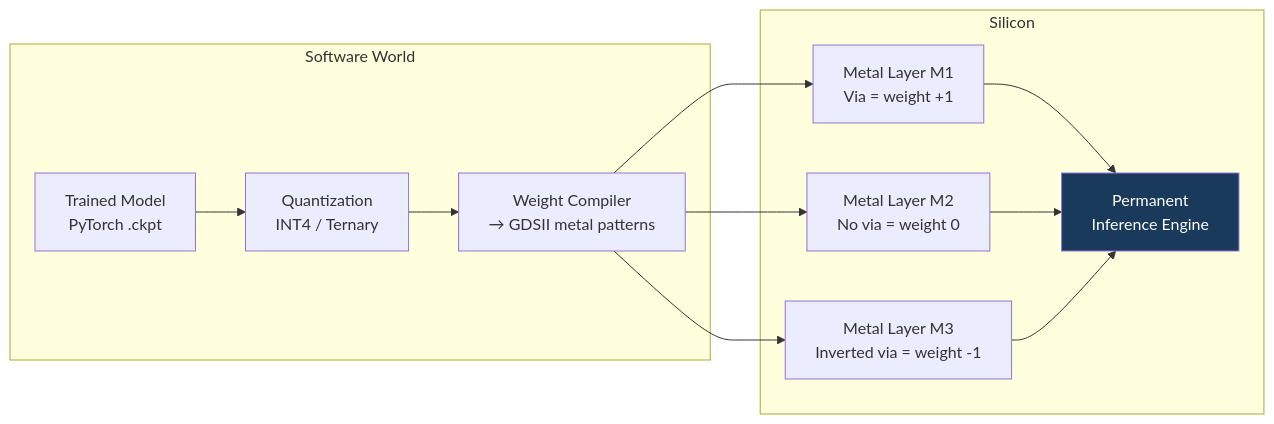
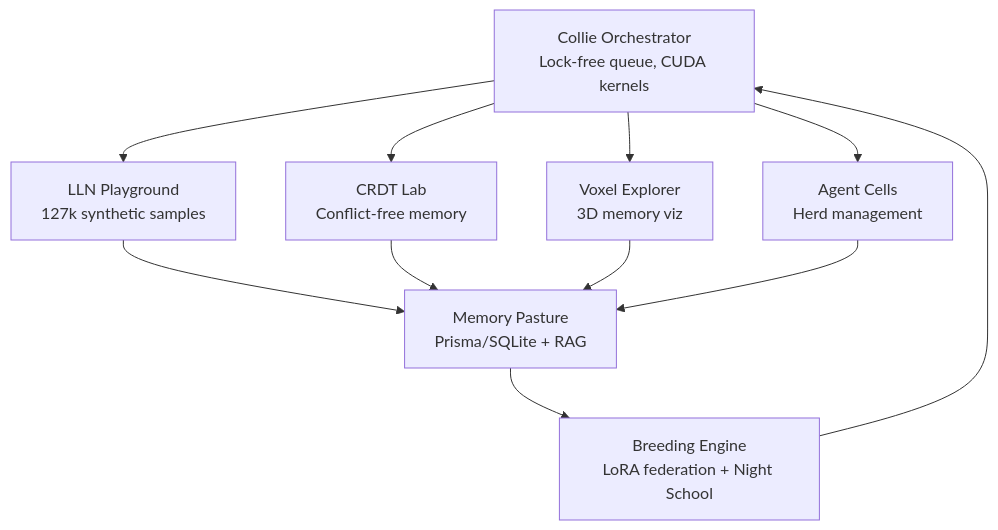
The first of 2 diagrams in README.md (SuperInstance/Lucineer), drawn with Mermaid before and after one commit. The commit also changed other lines of this file, not shown here.

````diff
--- a/README.md
+++ b/README.md
@@ -71,16 +44,16 @@
 ```mermaid
-graph LR
-    subgraph "Software World"
-        A[Trained Model<br/>PyTorch .ckpt] --> B[Quantization<br/>INT4 / Ternary]
-        B --> C[Weight Compiler<br/>→ GDSII metal patterns]
-    end
+graph TB
+    C[Collie Orchestrator<br/>Lock-free queue, CUDA kernels]
+    C --> LLN[LLN Playground<br/>127k synthetic samples]
+    C --> CRDT[CRDT Lab<br/>Conflict-free memory]
+    C --> VX[Voxel Explorer<br/>3D memory viz]
+    C --> AC[Agent Cells<br/>Herd management]
 
-    subgraph "Silicon"
-        C --> D[Metal Layer M1<br/>Via = weight +1]
-        C --> E[Metal Layer M2<br/>No via = weight 0]
-        C --> F[Metal Layer M3<br/>Inverted via = weight -1]
-        D & E & F --> G[Permanent<br/>Inference Engine]
-    end
+    LLN --> MP[Memory Pasture<br/>Prisma/SQLite + RAG]
+    CRDT --> MP
+    VX --> MP
+    AC --> MP
 
-    style G fill:#1a3a5c,color:#fff
+    MP --> BE[Breeding Engine<br/>LoRA federation + Night School]
+    BE --> C
 ```
````
